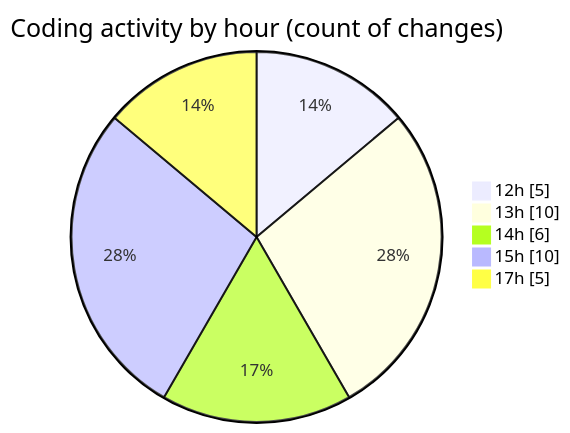
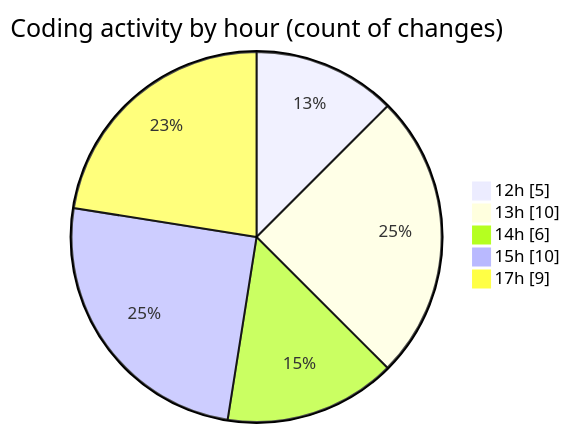
The second of 2 diagrams in 2025-11-21/cda/README.md (momahboobian/code-tracking), drawn with Mermaid before and after one commit. The commit also changed other lines of this file and 1 other file, not shown here.

````diff
--- a/2025-11-21/cda/README.md
+++ b/2025-11-21/cda/README.md
@@ -37,9 +37,9 @@
 ```mermaid
 pie showData
 title Coding activity by hour (count of changes)
 "12h" : 5
 "13h" : 10
 "14h" : 6
 "15h" : 10
-"17h" : 5
+"17h" : 9
 ```
````
